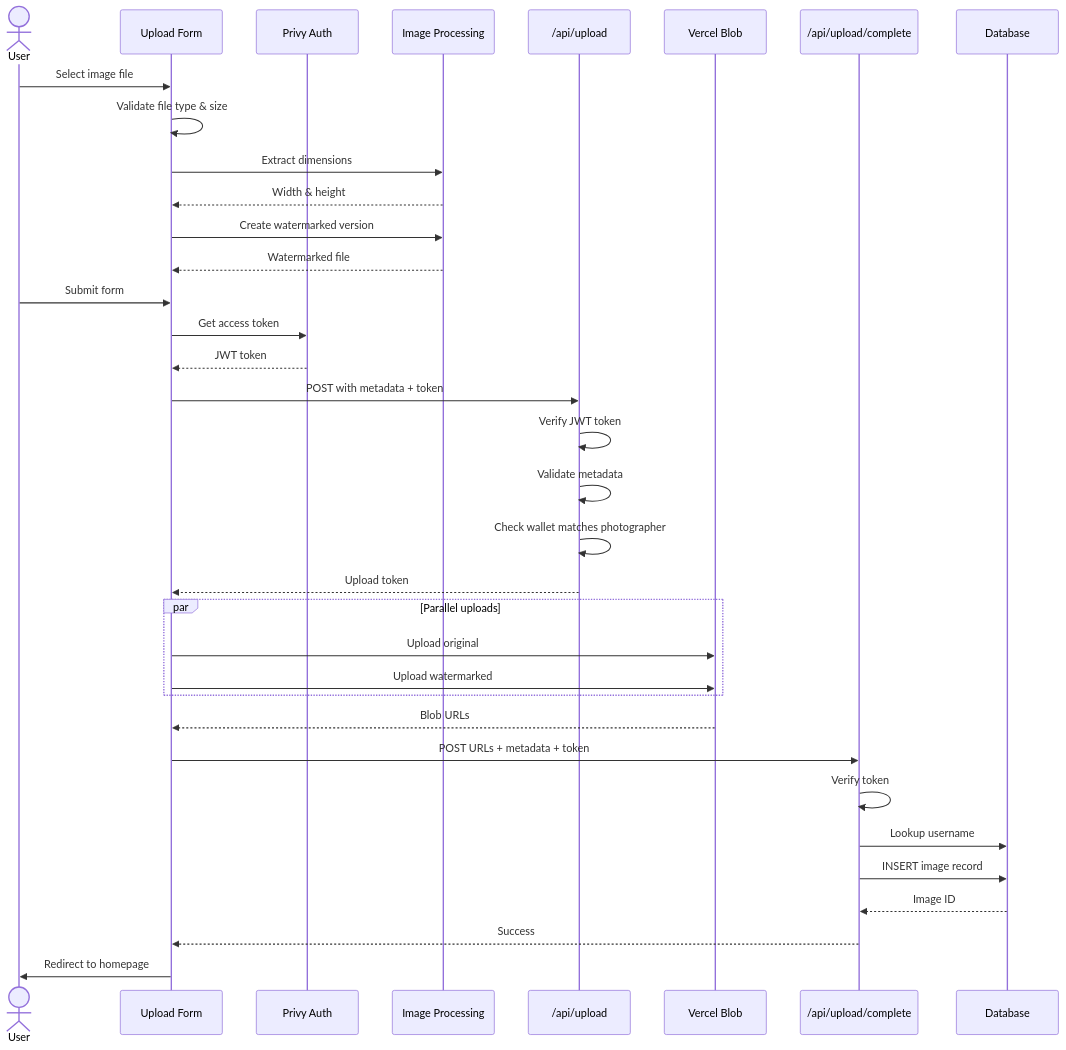
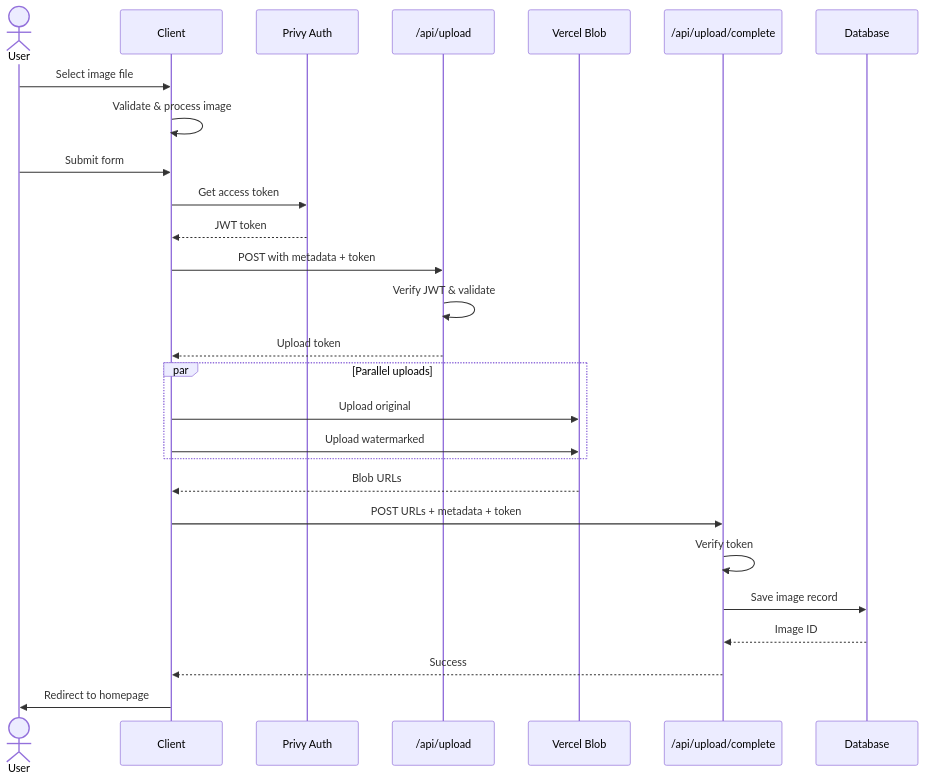
The second of 5 diagrams in README.md (emiliolanzalaco/lens-llama), drawn with Mermaid before and after one commit.

Commit message:
docs: simplify upload flow diagram

````diff
--- a/README.md
+++ b/README.md
@@ -50,43 +50,35 @@
 ```mermaid
 sequenceDiagram
     actor User
-    participant Form as Upload Form
+    participant Client
     participant Auth as Privy Auth
-    participant Processing as Image Processing
     participant API as /api/upload
     participant Blob as Vercel Blob
     participant Complete as /api/upload/complete
     participant DB as Database
 
-    User->>Form: Select image file
-    Form->>Form: Validate file type & size
-    Form->>Processing: Extract dimensions
-    Processing-->>Form: Width & height
-    Form->>Processing: Create watermarked version
-    Processing-->>Form: Watermarked file
+    User->>Client: Select image file
+    Client->>Client: Validate & process image
 
-    User->>Form: Submit form
-    Form->>Auth: Get access token
-    Auth-->>Form: JWT token
+    User->>Client: Submit form
+    Client->>Auth: Get access token
+    Auth-->>Client: JWT token
 
-    Form->>API: POST with metadata + token
-    API->>API: Verify JWT token
-    API->>API: Validate metadata
-    API->>API: Check wallet matches photographer
-    API-->>Form: Upload token
+    Client->>API: POST with metadata + token
+    API->>API: Verify JWT & validate
+    API-->>Client: Upload token
 
     par Parallel uploads
-        Form->>Blob: Upload original
-        Form->>Blob: Upload watermarked
+        Client->>Blob: Upload original
+        Client->>Blob: Upload watermarked
     end
-    Blob-->>Form: Blob URLs
+    Blob-->>Client: Blob URLs
 
-    Form->>Complete: POST URLs + metadata + token
+    Client->>Complete: POST URLs + metadata + token
     Complete->>Complete: Verify token
-    Complete->>DB: Lookup username
-    Complete->>DB: INSERT image record
+    Complete->>DB: Save image record
     DB-->>Complete: Image ID
-    Complete-->>Form: Success
+    Complete-->>Client: Success
 
-    Form->>User: Redirect to homepage
+    Client->>User: Redirect to homepage
 ```
````
